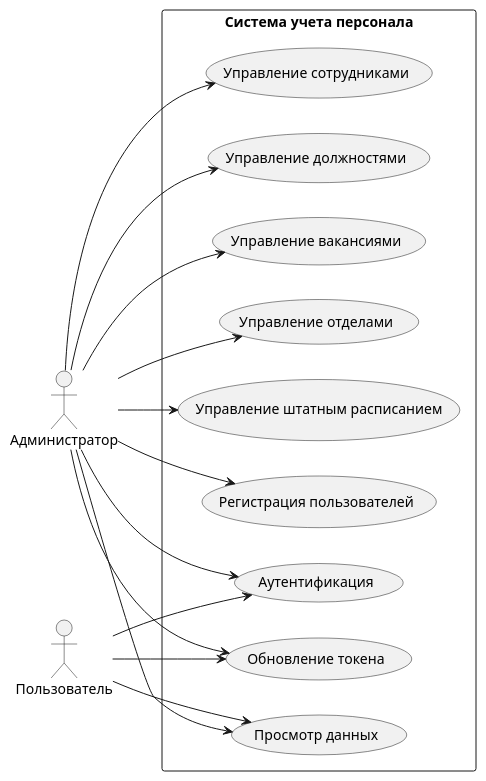
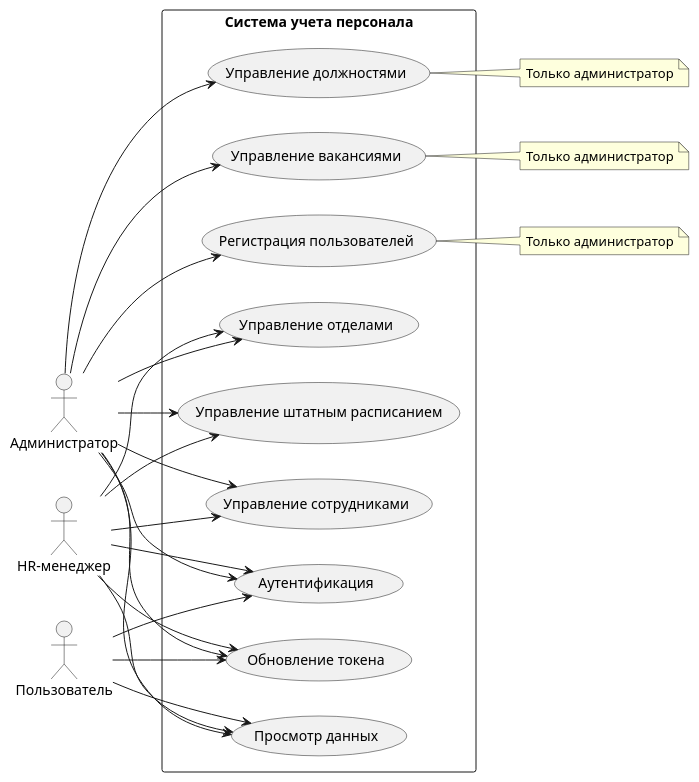
The first of 10 diagrams in Пояснительная_записка.md (zxcpelmenikc/sqlmodel_helper), drawn with PlantUML before and after one commit. The commit also changed other lines of this file, not shown here.

````diff
--- a/Пояснительная_записка.md
+++ b/Пояснительная_записка.md
@@ -78,35 +81,47 @@
 ```plantuml
 @startuml Диаграмма прецедентов
 left to right direction
 
 actor Администратор as admin
+actor "HR-менеджер" as hr
 actor Пользователь as user
 
 rectangle "Система учета персонала" {
   usecase "Управление сотрудниками" as UC1
   usecase "Управление должностями" as UC2
   usecase "Управление вакансиями" as UC3
   usecase "Управление отделами" as UC4
   usecase "Управление штатным расписанием" as UC5
   usecase "Регистрация пользователей" as UC6
   usecase "Просмотр данных" as UC7
   usecase "Аутентификация" as UC8
   usecase "Обновление токена" as UC9
 }
 
 admin --> UC1
 admin --> UC2
 admin --> UC3
 admin --> UC4
 admin --> UC5
 admin --> UC6
 admin --> UC7
 admin --> UC8
 admin --> UC9
 
+hr --> UC1
+hr --> UC4
+hr --> UC5
+hr --> UC7
+hr --> UC8
+hr --> UC9
+
 user --> UC7
 user --> UC8
 user --> UC9
 
+note right of UC2 : Только администратор
+note right of UC3 : Только администратор
+note right of UC6 : Только администратор
+
 @enduml
 ```
````
